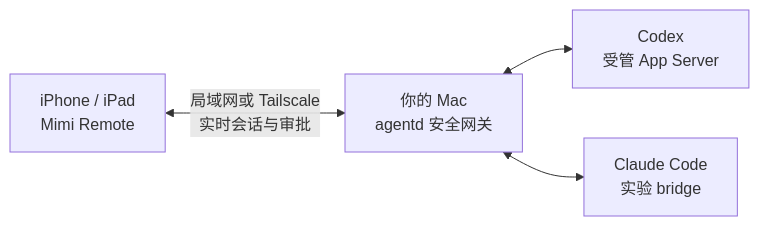
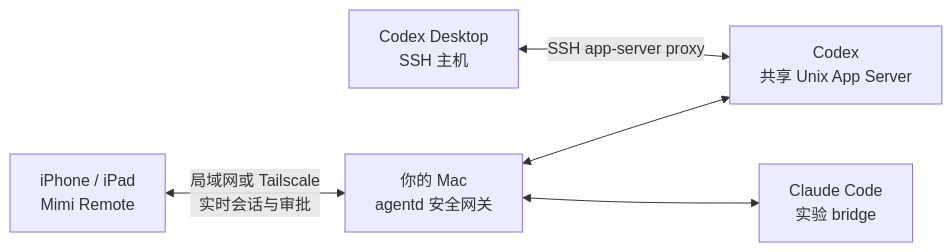
Before and after one commit to gaixianggeng/mimi-remote: the diagram in README.zh-CN.md, drawn with Mermaid. The commit also changed other lines of this file and 89 other files, not shown here.

Commit message:
MIM-207 share Codex App Server over SSH

````diff
--- a/README.zh-CN.md
+++ b/README.zh-CN.md
@@ -143,11 +143,13 @@
 ```mermaid
 flowchart LR
     Mobile["iPhone / iPad<br/>Mimi Remote"]
     Gateway["你的 Mac<br/>agentd 安全网关"]
-    Codex["Codex<br/>受管 App Server"]
+    Codex["Codex<br/>共享 Unix App Server"]
+    Desktop["Codex Desktop<br/>SSH 主机"]
     Claude["Claude Code<br/>实验 bridge"]
 
     Mobile <-->|"局域网或 Tailscale<br/>实时会话与审批"| Gateway
     Gateway <--> Codex
+    Desktop <-->|"SSH app-server proxy"| Codex
     Gateway <--> Claude
 ```
````
